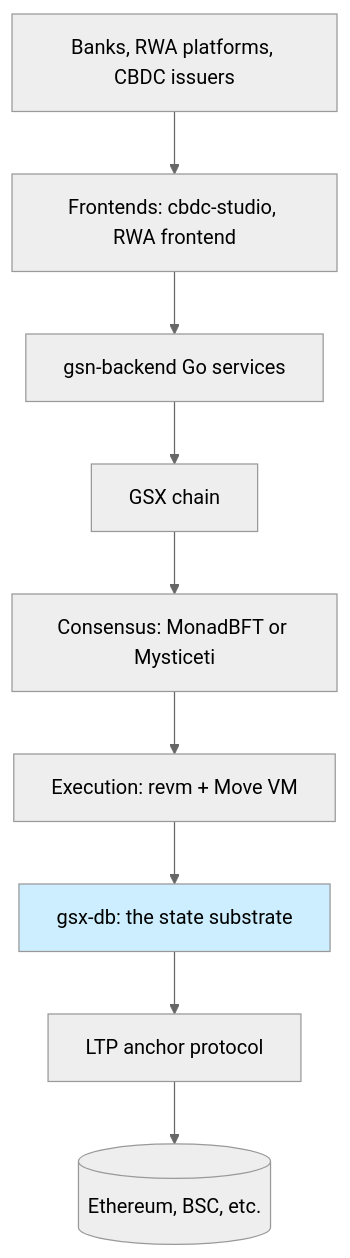
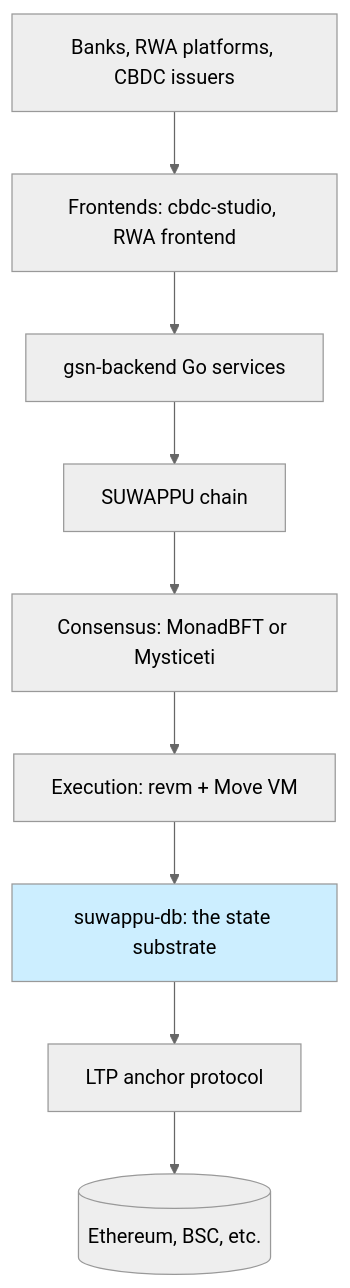
Before and after one commit to Suwappu-Labs/suwappu-db: the sixth of 6 diagrams in docs/EXPLAINER.md, drawn with Mermaid (neutral theme). The commit also changed other lines of this file and 248 other files, not shown here.

````diff
--- a/docs/EXPLAINER.md
+++ b/docs/EXPLAINER.md
@@ -227,18 +227,18 @@
 ```mermaid
 flowchart TB
     Users[Banks, RWA platforms, CBDC issuers]
     Apps[Frontends: cbdc-studio, RWA frontend]
     Backend[gsn-backend Go services]
-    GSX[GSX chain]
+    SUWAPPU[SUWAPPU chain]
     Cons[Consensus: MonadBFT or Mysticeti]
     Exec[Execution: revm + Move VM]
-    DB[gsx-db: the state substrate]
+    DB[suwappu-db: the state substrate]
     Anchor[LTP anchor protocol]
     L1s[(Ethereum, BSC, etc.)]
 
-    Users --> Apps --> Backend --> GSX
-    GSX --> Cons --> Exec --> DB
+    Users --> Apps --> Backend --> SUWAPPU
+    SUWAPPU --> Cons --> Exec --> DB
     DB --> Anchor --> L1s
 
     style DB fill:#cef
 ```
````
